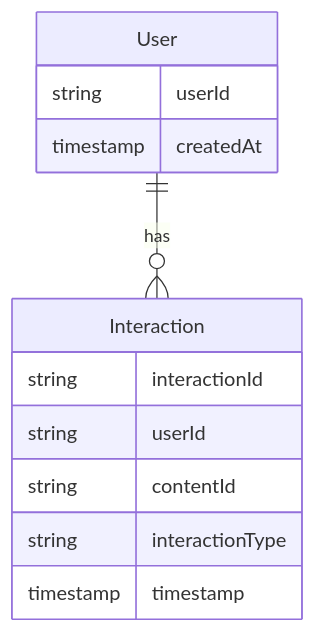
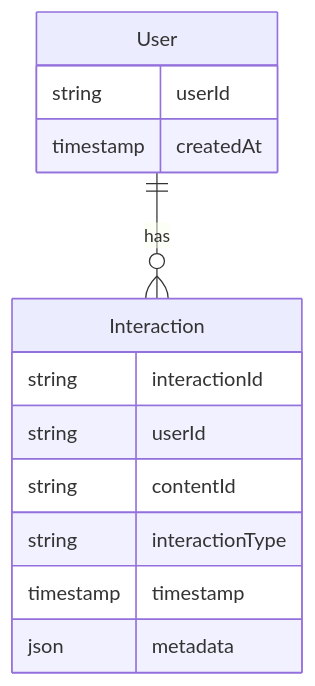
The third of 6 diagrams in doconomy-aworld-integration-architecture.md (AWorldOrg/aworld-doconomy-integration-api), drawn with Mermaid before and after one commit. The commit also changed other lines of this file, not shown here.

Commit message:
Update Doconomy-AWorld integration architecture: Highlight anonymized data storage, fix flow diagrams, and add Plan B for large content libraries

````diff
--- a/doconomy-aworld-integration-architecture.md
+++ b/doconomy-aworld-integration-architecture.md
@@ -113,17 +121,18 @@
 ```mermaid
 erDiagram
     User ||--o{ Interaction : has
     
     User {
         string userId
         timestamp createdAt
     }
     
     Interaction {
         string interactionId
         string userId
         string contentId
         string interactionType
         timestamp timestamp
+        json metadata
     }
 ```
````
